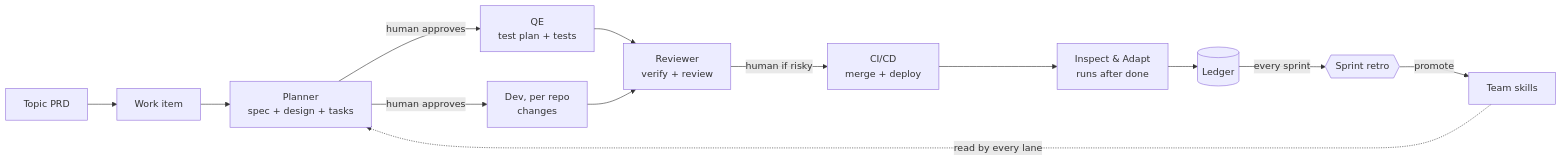
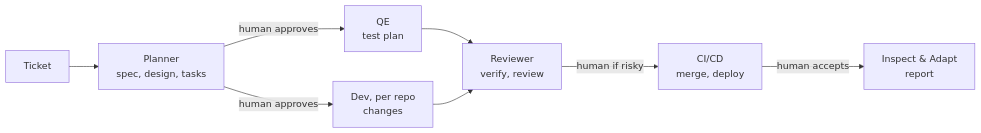
The diagram in docs/workflow-design.md (jonney17/ai-native-workflow), drawn with Mermaid before and after one commit. The commit also changed other lines of this file and 48 other files, not shown here.

````diff
--- a/docs/workflow-design.md
+++ b/docs/workflow-design.md
@@ -25,15 +13,10 @@
 ```mermaid
 flowchart LR
-  PRD[Topic PRD] --> T[Work item]
-  T --> P["Planner<br/>spec + design + tasks"]
-  P -->|human approves| QE["QE<br/>test plan + tests"]
+  T[Ticket] --> P["Planner<br/>spec, design, tasks"]
+  P -->|human approves| QE["QE<br/>test plan"]
   P -->|human approves| DEV["Dev, per repo<br/>changes"]
-  QE --> R["Reviewer<br/>verify + review"]
+  QE --> R["Reviewer<br/>verify, review"]
   DEV --> R
-  R -->|human if risky| CD["CI/CD<br/>merge + deploy"]
-  CD --> IA["Inspect & Adapt<br/>runs after done"]
-  IA --> L[("Ledger")]
-  L -->|every sprint| RETRO{{Sprint retro}}
-  RETRO -->|promote| SK[Team skills]
-  SK -.->|read by every lane| P
+  R -->|human if risky| CD["CI/CD<br/>merge, deploy"]
+  CD -->|human accepts| IA["Inspect & Adapt<br/>report"]
 ```
````
